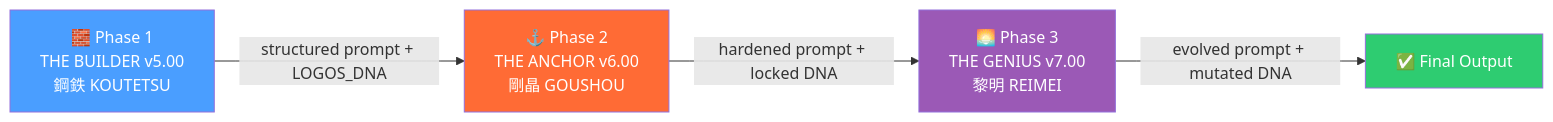
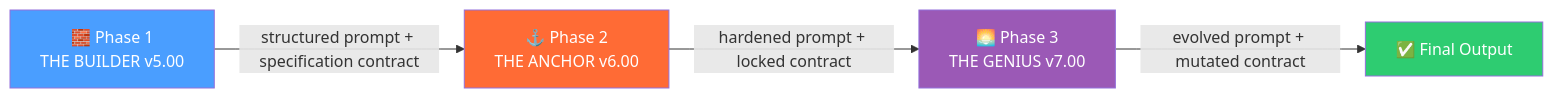
The diagram in README.md (shigechika-kuri/project-ash), drawn with Mermaid before and after one commit. The commit also changed other lines of this file and 11 other files, not shown here.

````diff
--- a/README.md
+++ b/README.md
@@ -80,11 +101,11 @@
 ```mermaid
 graph LR
-    A["🧱 Phase 1<br/>THE BUILDER v5.00<br/>鋼鉄 KOUTETSU"] -->|structured prompt + LOGOS_DNA| B["⚓ Phase 2<br/>THE ANCHOR v6.00<br/>剛晶 GOUSHOU"]
-    B -->|hardened prompt + locked DNA| C["🌅 Phase 3<br/>THE GENIUS v7.00<br/>黎明 REIMEI"]
-    C -->|evolved prompt + mutated DNA| D["✅ Final Output"]
+    A["🧱 Phase 1<br/>THE BUILDER v5.00"] -->|structured prompt + specification contract| B["⚓ Phase 2<br/>THE ANCHOR v6.00"]
+    B -->|hardened prompt + locked contract| C["🌅 Phase 3<br/>THE GENIUS v7.00"]
+    C -->|evolved prompt + mutated contract| D["✅ Final Output"]
 
     style A fill:#4a9eff,color:#fff
     style B fill:#ff6b35,color:#fff
     style C fill:#9b59b6,color:#fff
     style D fill:#2ecc71,color:#fff
 ```
````
